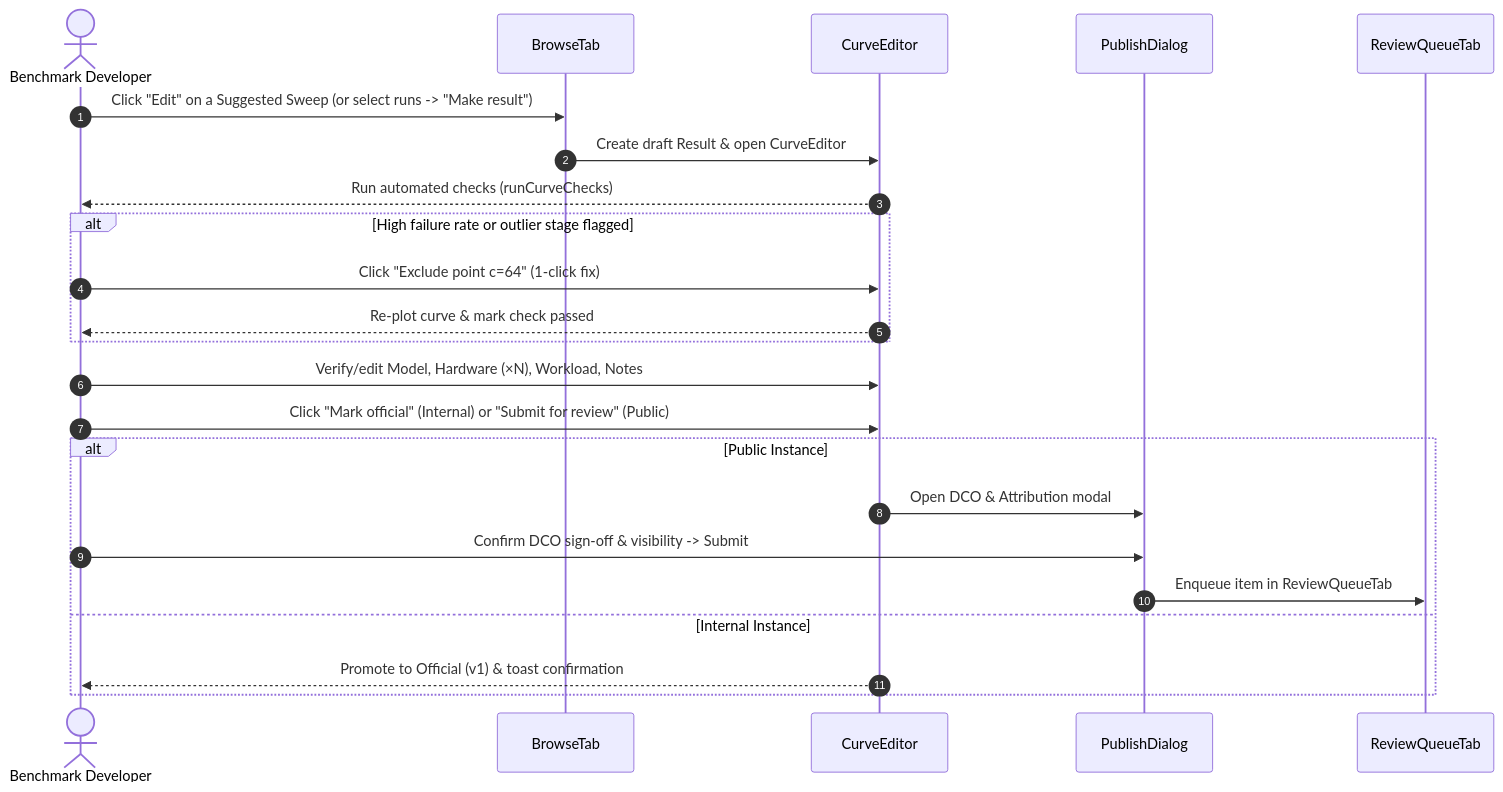
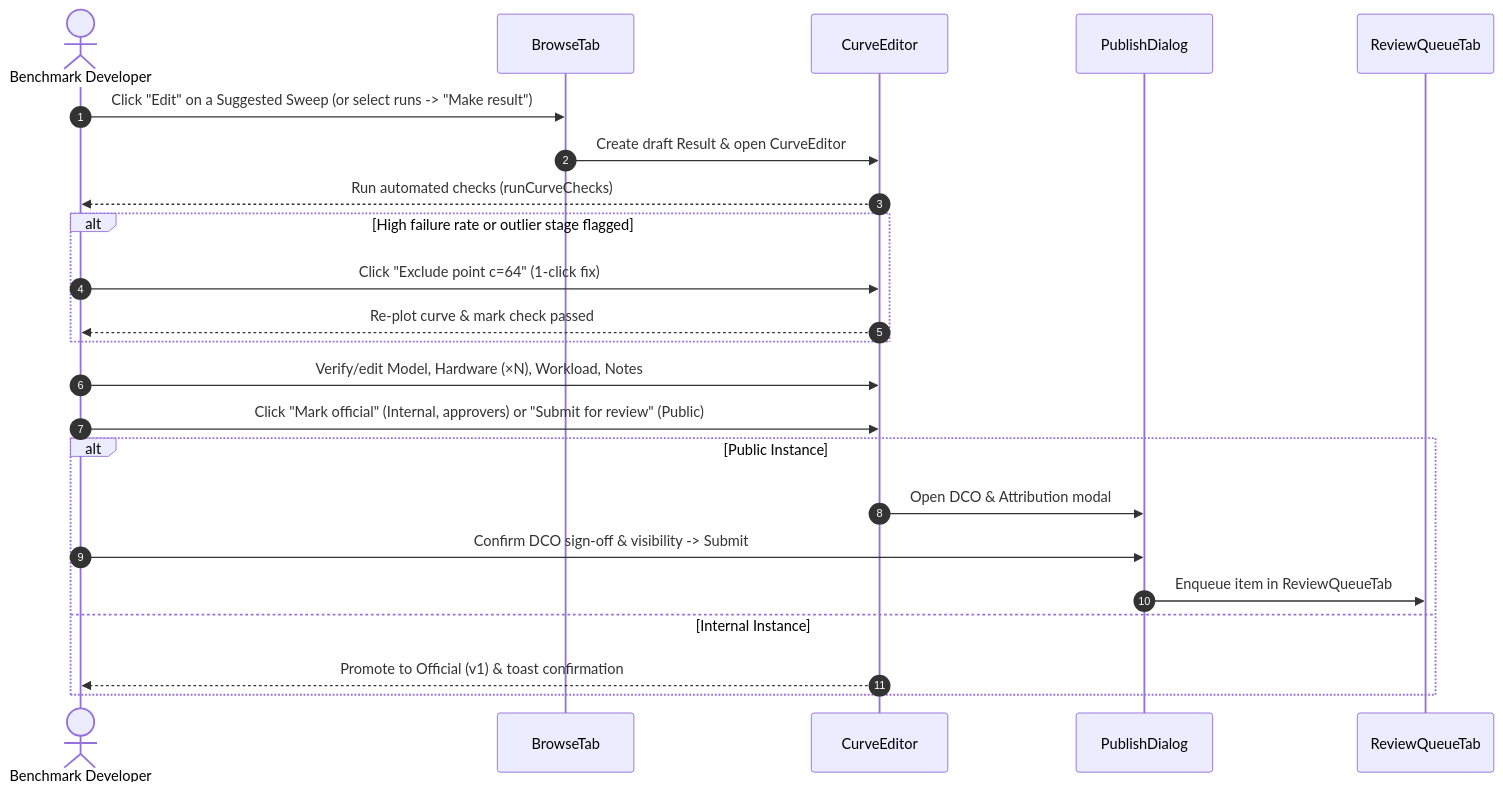
Before and after one commit to Raji14/llm-d-prism: the third of 3 diagrams in specs/changes/results-store-ui/ui_spec.md, drawn with Mermaid. The commit also changed other lines of this file and 19 other files, not shown here.

````diff
--- a/specs/changes/results-store-ui/ui_spec.md
+++ b/specs/changes/results-store-ui/ui_spec.md
@@ -286,26 +305,26 @@
 ```mermaid
 sequenceDiagram
     autonumber
     actor Bench as Benchmark Developer
     participant Browse as BrowseTab
     participant Editor as CurveEditor
     participant Pub as PublishDialog
     participant Queue as ReviewQueueTab
 
     Bench->>Browse: Click "Edit" on a Suggested Sweep (or select runs -> "Make result")
     Browse->>Editor: Create draft Result & open CurveEditor
     Editor-->>Bench: Run automated checks (runCurveChecks)
     alt High failure rate or outlier stage flagged
         Bench->>Editor: Click "Exclude point c=64" (1-click fix)
         Editor-->>Bench: Re-plot curve & mark check passed
     end
     Bench->>Editor: Verify/edit Model, Hardware (×N), Workload, Notes
-    Bench->>Editor: Click "Mark official" (Internal) or "Submit for review" (Public)
+    Bench->>Editor: Click "Mark official" (Internal, approvers) or "Submit for review" (Public)
     alt Public Instance
         Editor->>Pub: Open DCO & Attribution modal
         Bench->>Pub: Confirm DCO sign-off & visibility -> Submit
         Pub->>Queue: Enqueue item in ReviewQueueTab
     else Internal Instance
         Editor-->>Bench: Promote to Official (v1) & toast confirmation
     end
 ```
````
